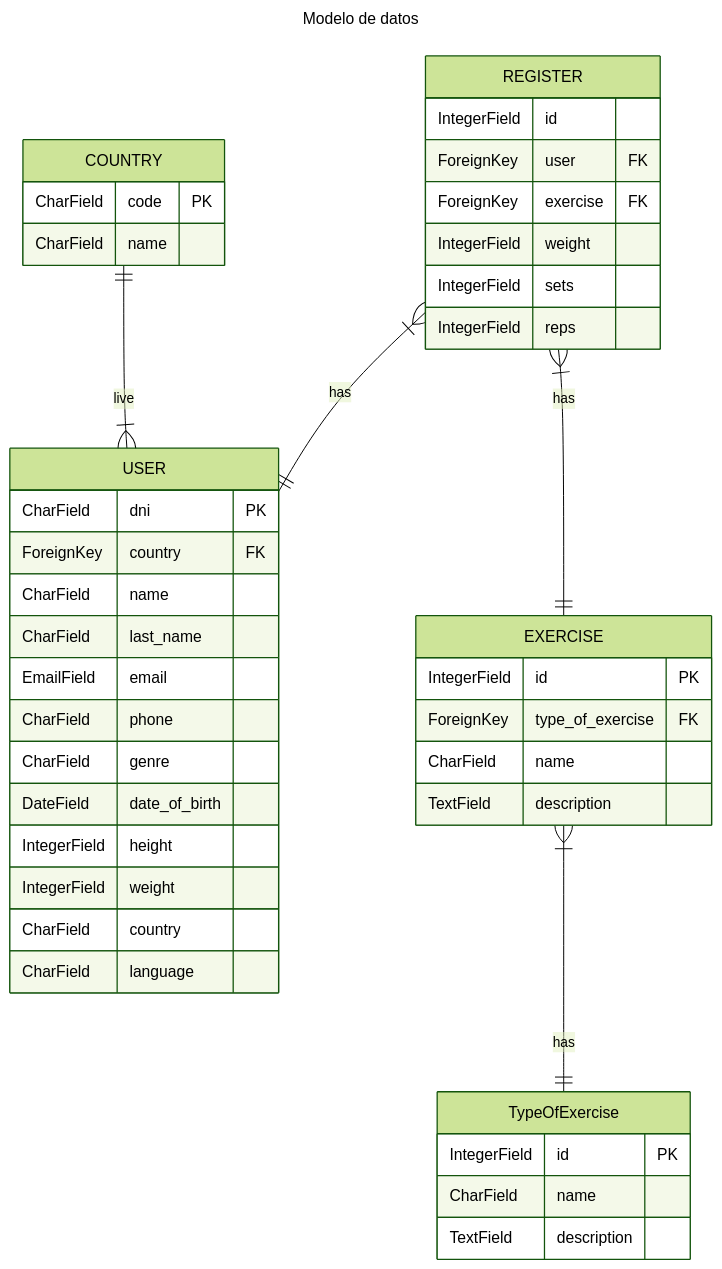
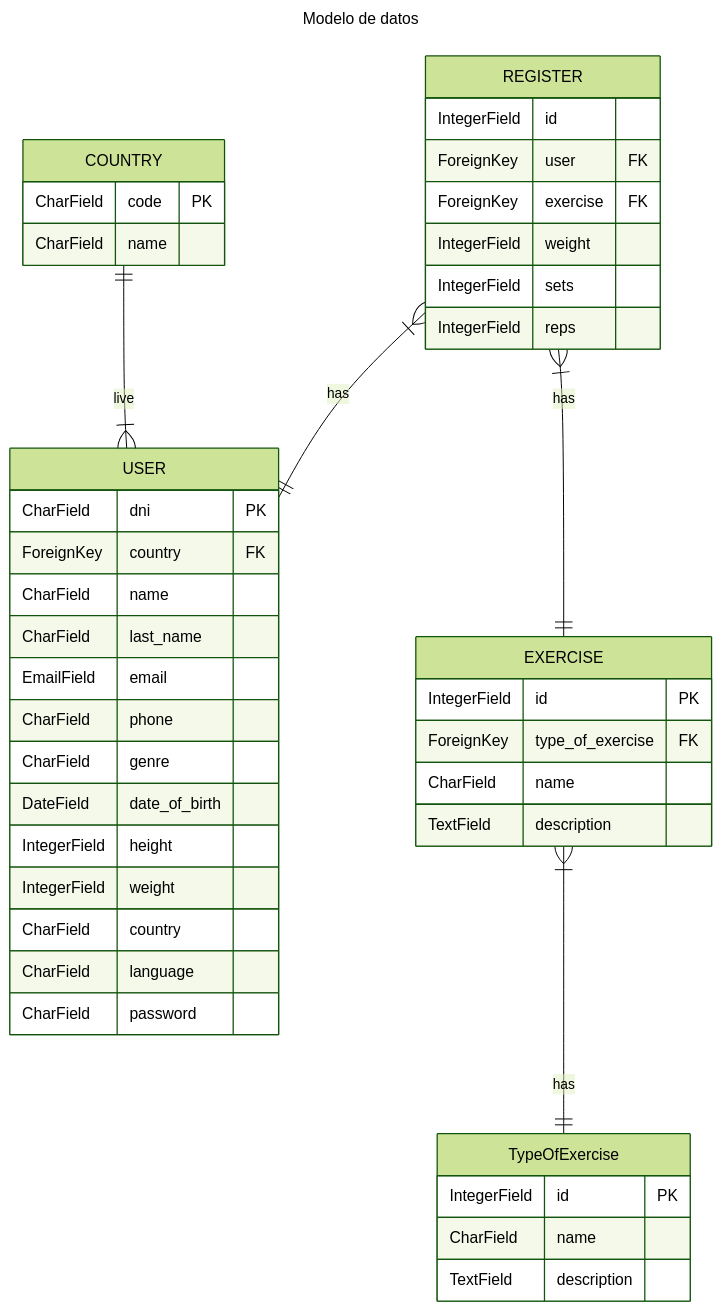
Before and after one commit to Mateo11oc1/pagina_web_cross: the diagram in README.md, drawn with Mermaid. The commit also changed 10 other files, not shown here.

````diff
--- a/README.md
+++ b/README.md
@@ -20,51 +20,51 @@
 ```mermaid
 ---
 title: Modelo de datos
 ---
 %%{init: {'theme':'forest' }}%%
 erDiagram
 USER {
     CharField dni PK
     ForeignKey country FK
     CharField name
     CharField last_name
     EmailField email
     CharField phone
     CharField genre
     DateField date_of_birth
     IntegerField height
     IntegerField weight
     CharField country
     CharField language
+    CharField password
 }
 EXERCISE {
     IntegerField id PK
     ForeignKey type_of_exercise FK
     CharField name
     TextField description
 }
 TypeOfExercise {
     IntegerField id PK
     CharField name 
     TextField description
 }
 COUNTRY {
     CharField code PK
     CharField name
 }
 
 REGISTER {
     IntegerField id
     ForeignKey user FK
     ForeignKey exercise FK
     IntegerField weight
     IntegerField sets
     IntegerField reps
 }
 
 EXERCISE }|--|| TypeOfExercise: has
 REGISTER }|--|| USER:has
 REGISTER }|--|| EXERCISE:has
 COUNTRY ||--|{ USER:live
-
 ```
````
